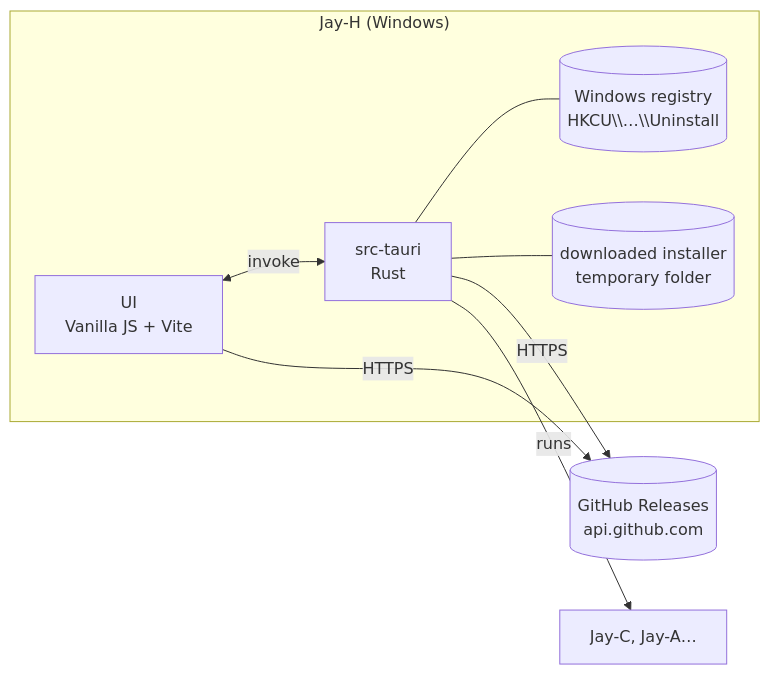
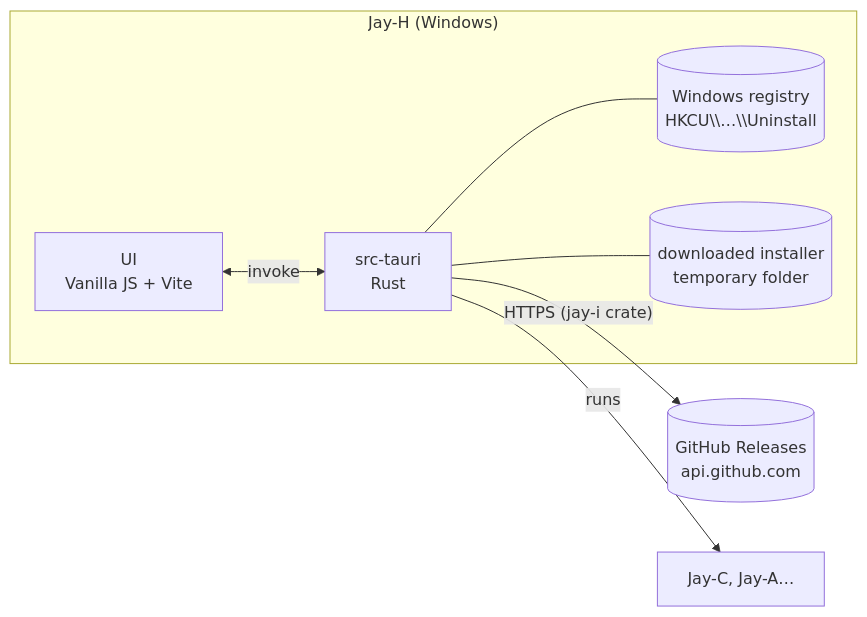
Before and after one commit to TyxMatty/Jay-H: the diagram in docs/ARQUITETURA.en.md, drawn with Mermaid. The commit also changed other lines of this file and 16 other files, not shown here.

````diff
--- a/docs/ARQUITETURA.en.md
+++ b/docs/ARQUITETURA.en.md
@@ -11,11 +11,10 @@
 ```mermaid
 flowchart LR
   subgraph JH["Jay-H (Windows)"]
     UI["UI<br/>Vanilla JS + Vite"] <-- "invoke" --> RS["src-tauri<br/>Rust"]
     RS --- REG[("Windows registry<br/>HKCU\\…\\Uninstall")]
     RS --- TMP[("downloaded installer<br/>temporary folder")]
   end
-  UI -- "HTTPS" --> GH[("GitHub Releases<br/>api.github.com")]
-  RS -- "HTTPS" --> GH
+  RS -- "HTTPS (jay-i crate)" --> GH[("GitHub Releases<br/>api.github.com")]
   RS -- "runs" --> APPS["Jay-C, Jay-A…"]
 ```
````
